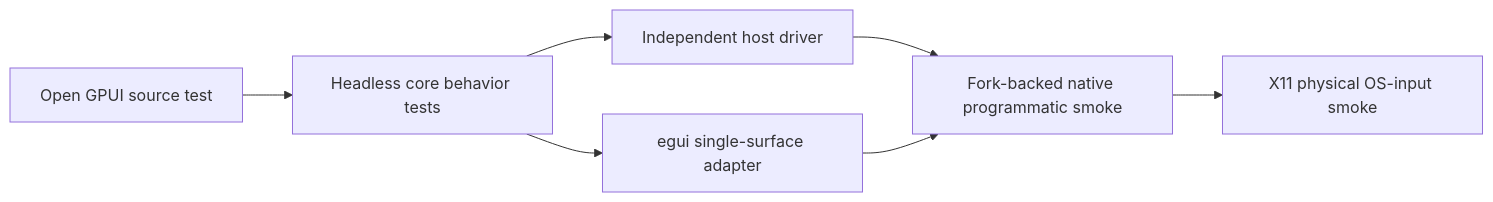
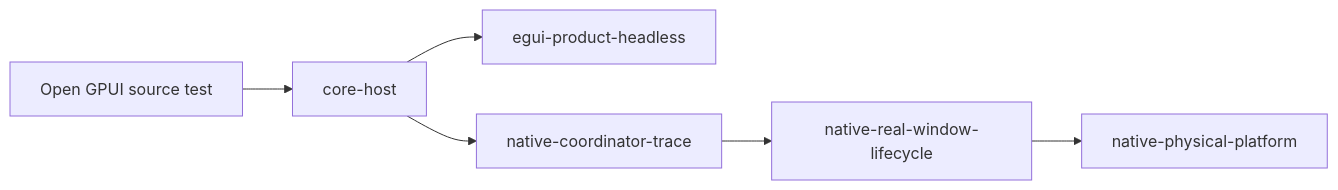
One commit to Latias94/egui_docking changed the diagram in docs/knowledge/open-gpui-docking-conformance-catalog.md. Above: the diagram before and after it, drawn with Mermaid. The commit also changed other lines of this file and 47 other files, not shown here.

````diff
--- a/docs/knowledge/open-gpui-docking-conformance-catalog.md
+++ b/docs/knowledge/open-gpui-docking-conformance-catalog.md
@@ -28,9 +28,8 @@
 ```mermaid
 flowchart LR
-  S[Open GPUI source test] --> C[Headless core behavior tests]
-  C --> H[Independent host driver]
-  C --> E[egui single-surface adapter]
-  H --> P[Fork-backed native programmatic smoke]
-  E --> P
-  P --> X[X11 physical OS-input smoke]
+  S[Open GPUI source test] --> C[core-host]
+  C --> E[egui-product-headless]
+  C --> N[native-coordinator-trace]
+  N --> P[native-real-window-lifecycle]
+  P --> X[native-physical-platform]
 ```
````
